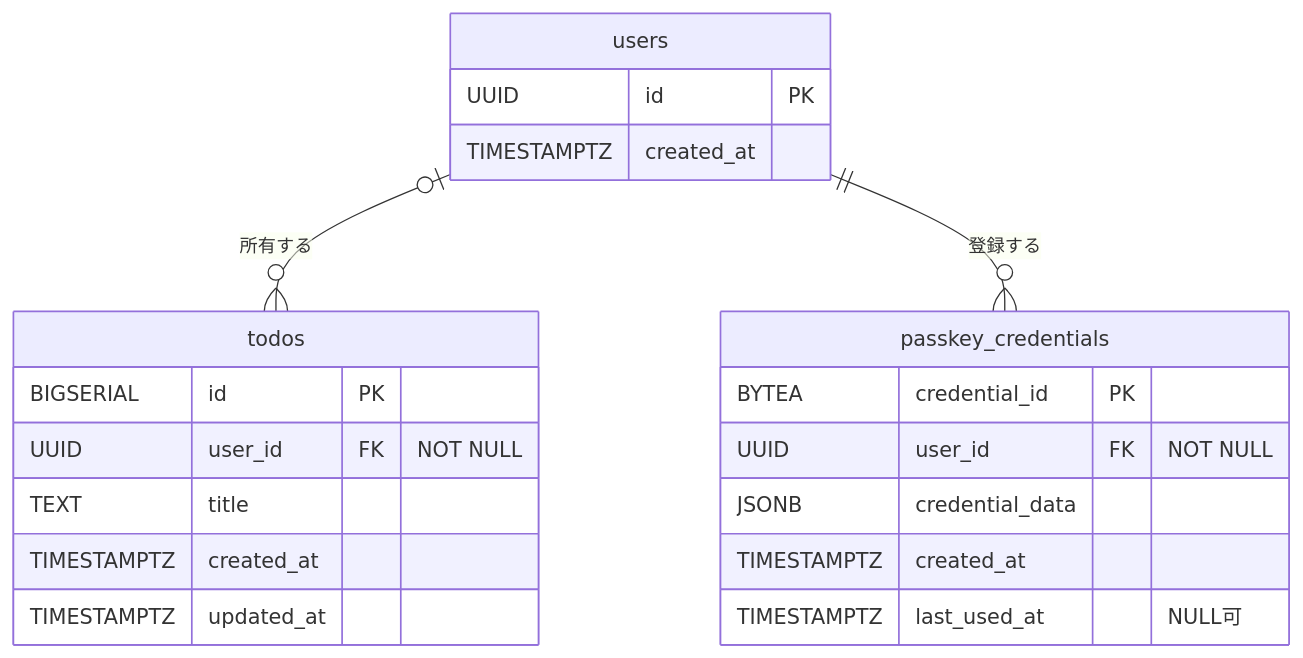
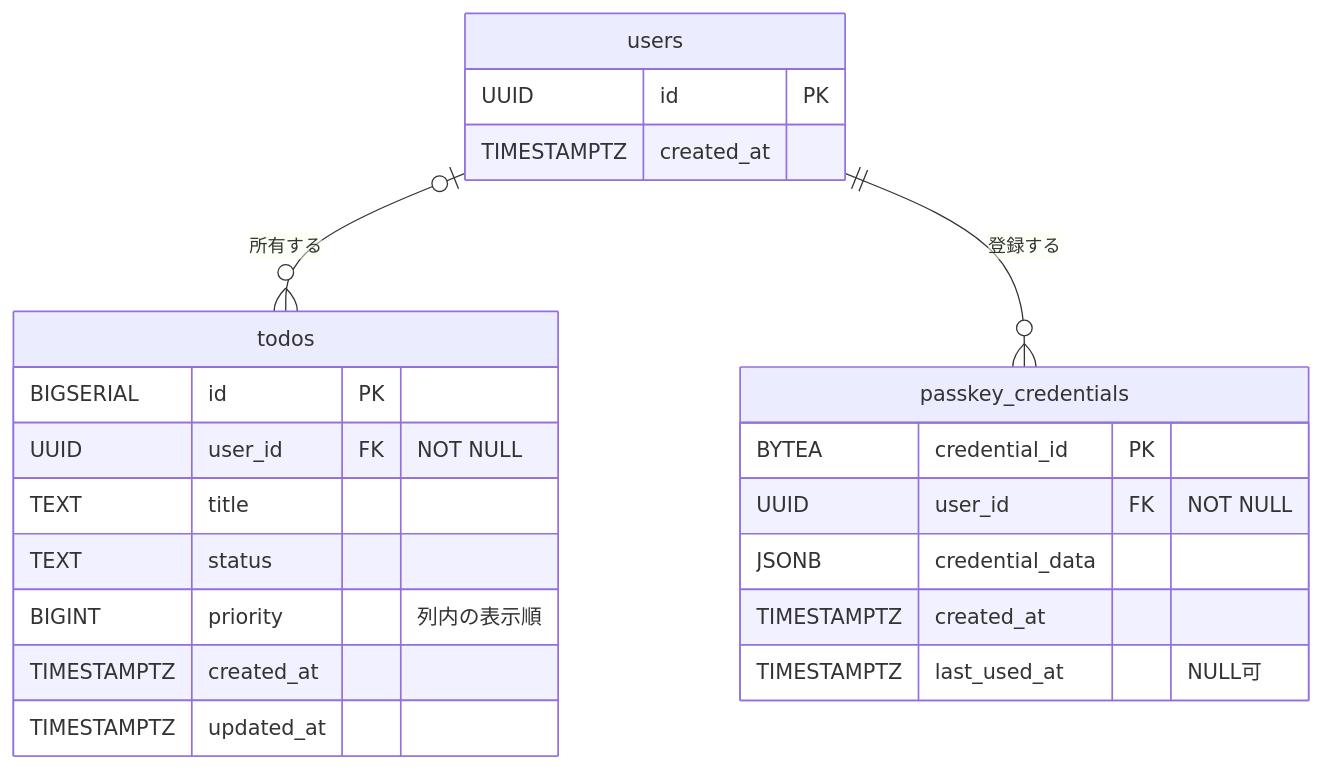
The first of 3 diagrams in DESIGN.md (Kyoya67/passkey-todo), drawn with Mermaid before and after one commit. The commit also changed other lines of this file and 19 other files, not shown here.

``````diff
--- a/DESIGN.md
+++ b/DESIGN.md
@@ -253,26 +255,28 @@
 `````mermaid
 erDiagram
     users o|--o{ todos : "所有する"
     users ||--o{ passkey_credentials : "登録する"
 
     users {
         UUID id PK
         TIMESTAMPTZ created_at
     }
 
     todos {
         BIGSERIAL id PK
         UUID user_id FK "NOT NULL"
         TEXT title
+        TEXT status
+        BIGINT priority "列内の表示順"
         TIMESTAMPTZ created_at
         TIMESTAMPTZ updated_at
     }
 
     passkey_credentials {
         BYTEA credential_id PK
         UUID user_id FK "NOT NULL"
         JSONB credential_data
         TIMESTAMPTZ created_at
         TIMESTAMPTZ last_used_at "NULL可"
     }
 `````
``````
